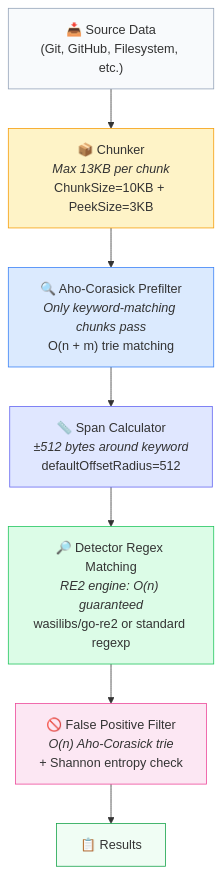
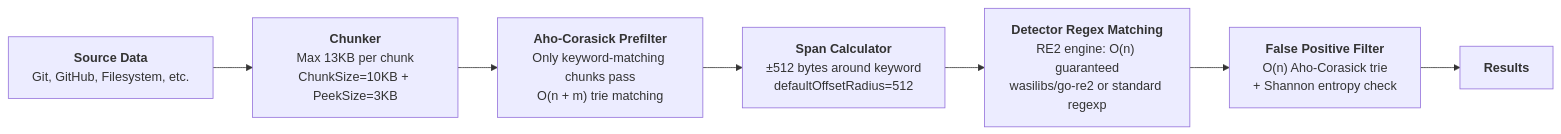
One commit to blitzy-research/trufflehog changed the third of 4 diagrams in blitzy/documentation/trufflehog_e42153d44a5e.md. Above: the diagram before and after it, drawn with Mermaid. The commit also changed other lines of this file, not shown here.

````diff
--- a/blitzy/documentation/trufflehog_e42153d44a5e.md
+++ b/blitzy/documentation/trufflehog_e42153d44a5e.md
@@ -527,17 +529,20 @@
 ```mermaid
-flowchart TD
-    A["📥 Source Data<br/>(Git, GitHub, Filesystem, etc.)"] --> B["📦 Chunker<br/><i>Max 13KB per chunk</i><br/>ChunkSize=10KB + PeekSize=3KB"]
-    B --> C["🔍 Aho-Corasick Prefilter<br/><i>Only keyword-matching chunks pass</i><br/>O(n + m) trie matching"]
-    C --> D["📏 Span Calculator<br/><i>±512 bytes around keyword</i><br/>defaultOffsetRadius=512"]
-    D --> E["🔎 Detector Regex Matching<br/><i>RE2 engine: O(n) guaranteed</i><br/>wasilibs/go-re2 or standard regexp"]
-    E --> F["🚫 False Positive Filter<br/><i>O(n) Aho-Corasick trie</i><br/>+ Shannon entropy check"]
-    F --> G["📋 Results"]
-
-    style A fill:#f8fafc,stroke:#94a3b8
-    style B fill:#fef3c7,stroke:#f59e0b
-    style C fill:#dbeafe,stroke:#3b82f6
-    style D fill:#e0e7ff,stroke:#6366f1
-    style E fill:#dcfce7,stroke:#22c55e
-    style F fill:#fce7f3,stroke:#ec4899
-    style G fill:#f0fdf4,stroke:#16a34a
+flowchart LR
+    A["`**Source Data**
+    Git, GitHub, Filesystem, etc.`"] --> B["`**Chunker**
+    Max 13KB per chunk
+    ChunkSize=10KB + PeekSize=3KB`"]
+    B --> C["`**Aho-Corasick Prefilter**
+    Only keyword-matching chunks pass
+    O(n + m) trie matching`"]
+    C --> D["`**Span Calculator**
+    ±512 bytes around keyword
+    defaultOffsetRadius=512`"]
+    D --> E["`**Detector Regex Matching**
+    RE2 engine: O(n) guaranteed
+    wasilibs/go-re2 or standard regexp`"]
+    E --> F["`**False Positive Filter**
+    O(n) Aho-Corasick trie
+    + Shannon entropy check`"]
+    F --> G["`**Results**`"]
 ```
````
